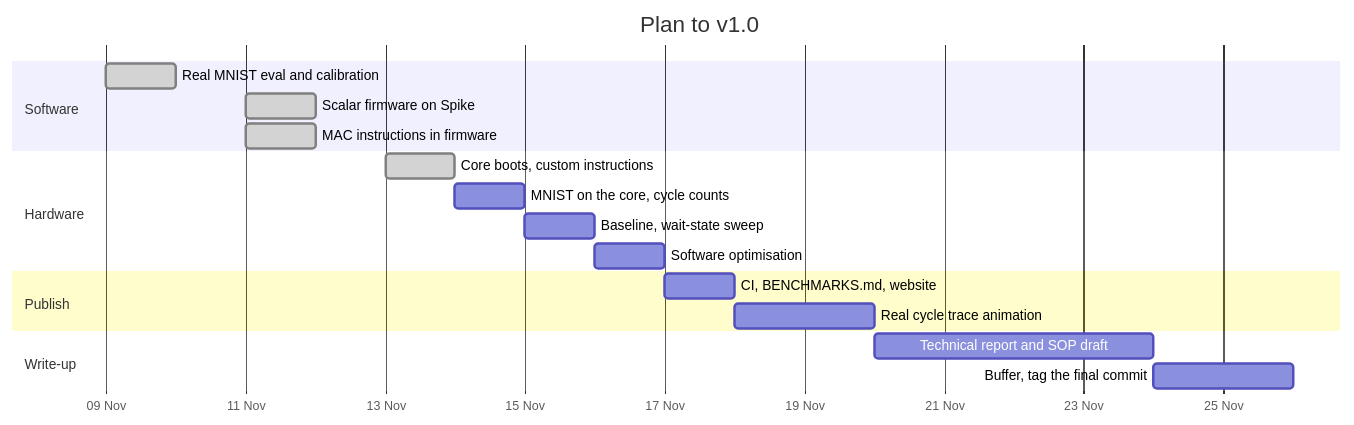
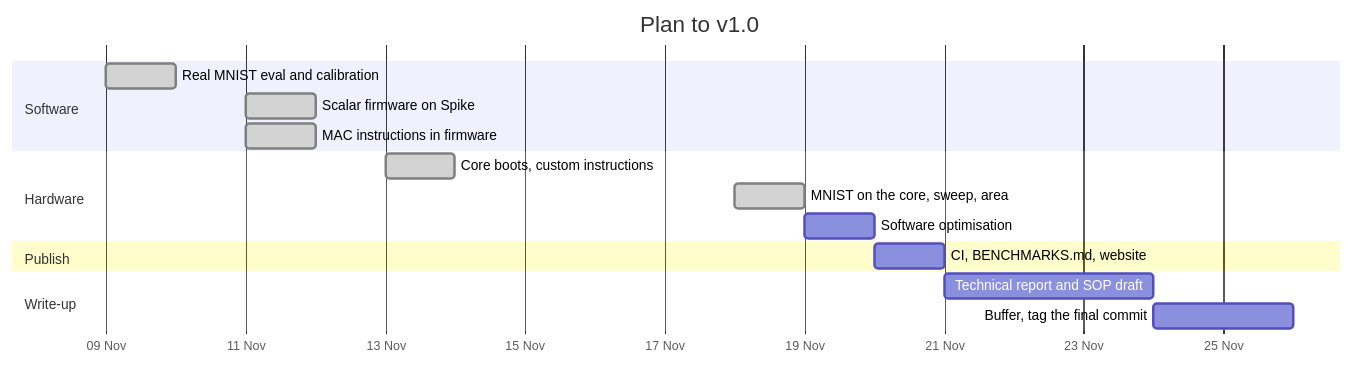
The fifth of 5 diagrams in README.md (sajedulislam5840/riscv-edge-ai), drawn with Mermaid before and after one commit. The commit also changed other lines of this file, not shown here.

Commit message:
README: PicoRV32 results (cycles, wait states, area, Fmax) and a re-planned schedule

````diff
--- a/README.md
+++ b/README.md
@@ -309,21 +353,19 @@
 ```mermaid
 gantt
     title Plan to v1.0
     dateFormat YYYY-MM-DD
     axisFormat %d %b
     section Software
     Real MNIST eval and calibration :done, a1, 2026-11-09, 1d
     Scalar firmware on Spike        :done, a2, 2026-11-11, 1d
     MAC instructions in firmware    :done, a2b, 2026-11-11, 1d
     section Hardware
     Core boots, custom instructions :done, h1, 2026-11-13, 1d
-    MNIST on the core, cycle counts :h2, 2026-11-14, 1d
-    Baseline, wait-state sweep      :h3, 2026-11-15, 1d
-    Software optimisation           :h4, 2026-11-16, 1d
+    MNIST on the core, sweep, area  :done, h2, 2026-11-18, 1d
+    Software optimisation           :h4, 2026-11-19, 1d
     section Publish
-    CI, BENCHMARKS.md, website      :p1, 2026-11-17, 1d
-    Real cycle trace animation      :p2, 2026-11-18, 2d
+    CI, BENCHMARKS.md, website      :p1, 2026-11-20, 1d
     section Write-up
-    Technical report and SOP draft  :w1, 2026-11-20, 4d
-    Buffer, tag the final commit        :w2, 2026-11-24, 2d
+    Technical report and SOP draft  :w1, 2026-11-21, 3d
+    Buffer, tag the final commit    :w2, 2026-11-24, 2d
 ```
````
